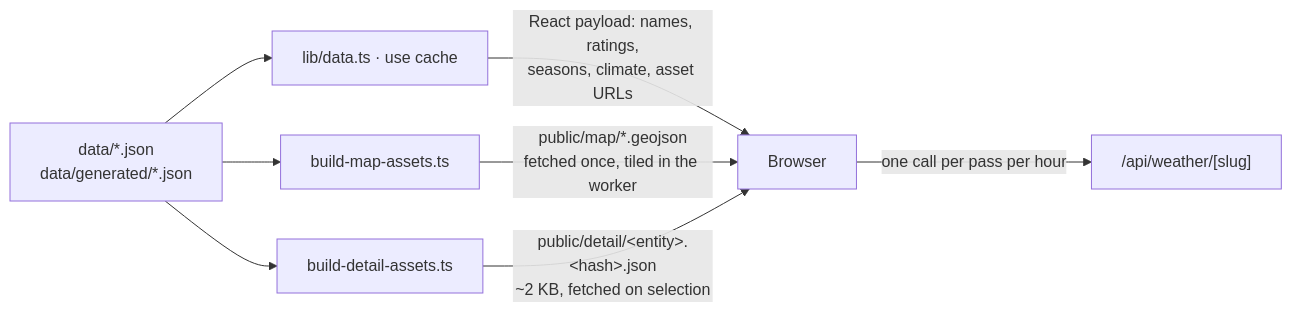
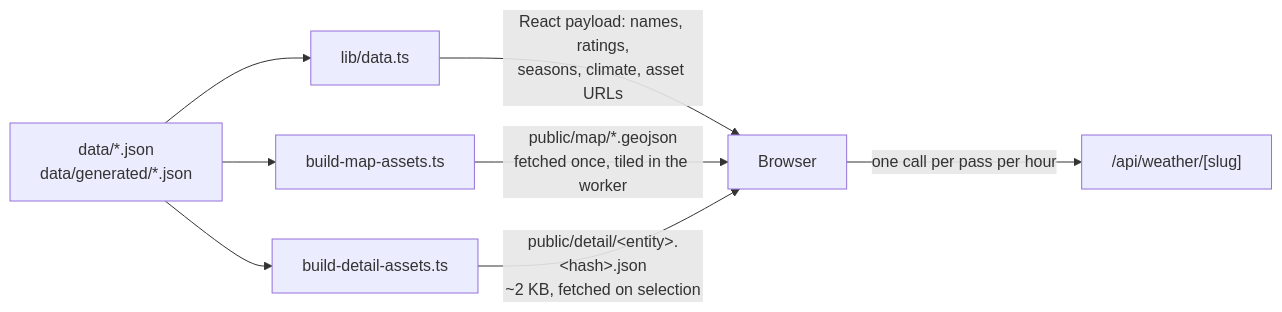
One commit to mdugue/alpen changed the second of 2 diagrams in docs/architecture.md. Above: the diagram before and after it, drawn with Mermaid. The commit also changed other lines of this file and 182 other files, not shown here.

````diff
--- a/docs/architecture.md
+++ b/docs/architecture.md
@@ -17,10 +110,10 @@
 ```mermaid
 flowchart LR
-  D["data/*.json<br/>data/generated/*.json"] --> P["lib/data.ts · use cache"]
+  D["data/*.json<br/>data/generated/*.json"] --> P["lib/data.ts"]
   D --> MA["build-map-assets.ts"]
   D --> DA["build-detail-assets.ts"]
   P -->|"React payload: names, ratings,<br/>seasons, climate, asset URLs"| B["Browser"]
   MA -->|"public/map/*.geojson<br/>fetched once, tiled in the worker"| B
   DA -->|"public/detail/&lt;entity&gt;.&lt;hash&gt;.json<br/>~2 KB, fetched on selection"| B
   B -->|"one call per pass per hour"| W["/api/weather/[slug]"]
 ```
````
